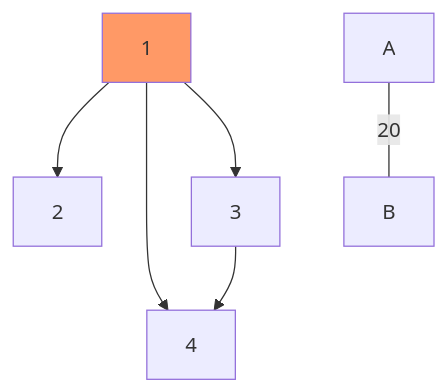
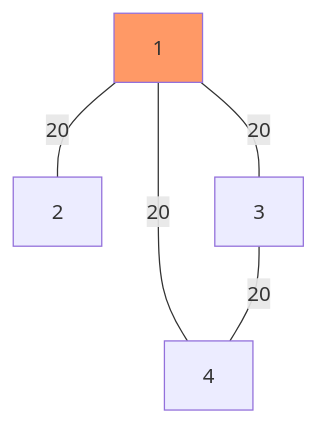
The diagram in graph-theory/dijkstra-shortest-reach-2.md (SlideeScherz/hacker-rank), drawn with Mermaid before and after one commit.

````diff
--- a/graph-theory/dijkstra-shortest-reach-2.md
+++ b/graph-theory/dijkstra-shortest-reach-2.md
@@ -24,10 +24,9 @@
 ```mermaid
 flowchart TB
 
-  A---|20|B
-  1:::start --> 2
-  1 --> 4
-  1 --> 3
-  3 --> 4
+  1:::start---|20|2
+  1---|20|4
+  1---|20|3
+  3---|20|4
   classDef start fill:#f96;
 ```
````
